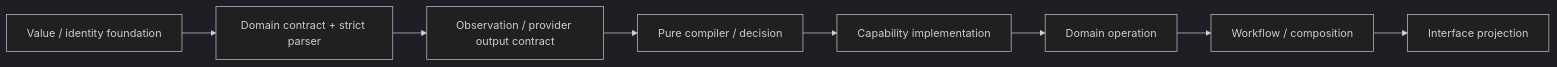
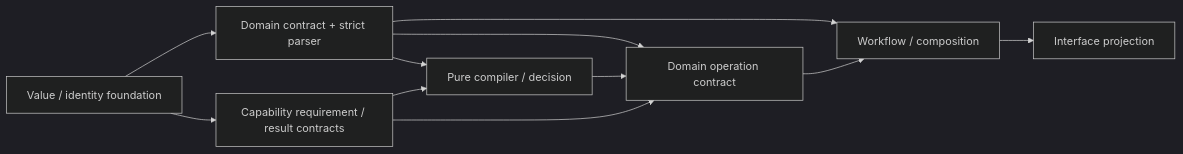
Before and after one commit to sec-platform/sec: the ninth of 18 diagrams in docs/system-architecture.md, drawn with Mermaid (dark theme). The commit also changed other lines of this file and 2 other files, not shown here.

Commit message:
docs: separate logical implementation and conformance design

````diff
--- a/docs/system-architecture.md
+++ b/docs/system-architecture.md
@@ -461,10 +543,13 @@
 ```mermaid
 flowchart LR
   F[Value / identity foundation] --> C[Domain contract + strict parser]
-  C --> O[Observation / provider output contract]
-  O --> P[Pure compiler / decision]
-  P --> K[Capability implementation]
-  K --> D[Domain operation]
-  D --> W[Workflow / composition]
+  F --> CP[Capability requirement / result contracts]
+  C --> P[Pure compiler / decision]
+  CP --> P
+  C --> D[Domain operation contract]
+  P --> D
+  CP --> D
+  C --> W[Workflow / composition]
+  D --> W
   W --> I[Interface projection]
 ```
````
